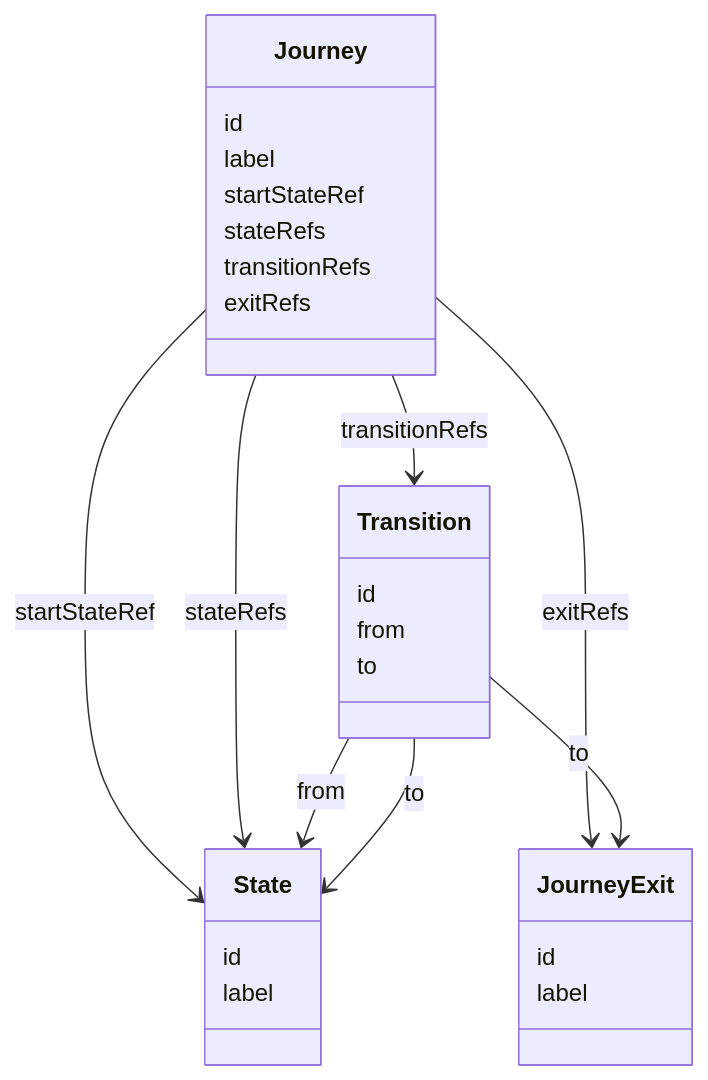
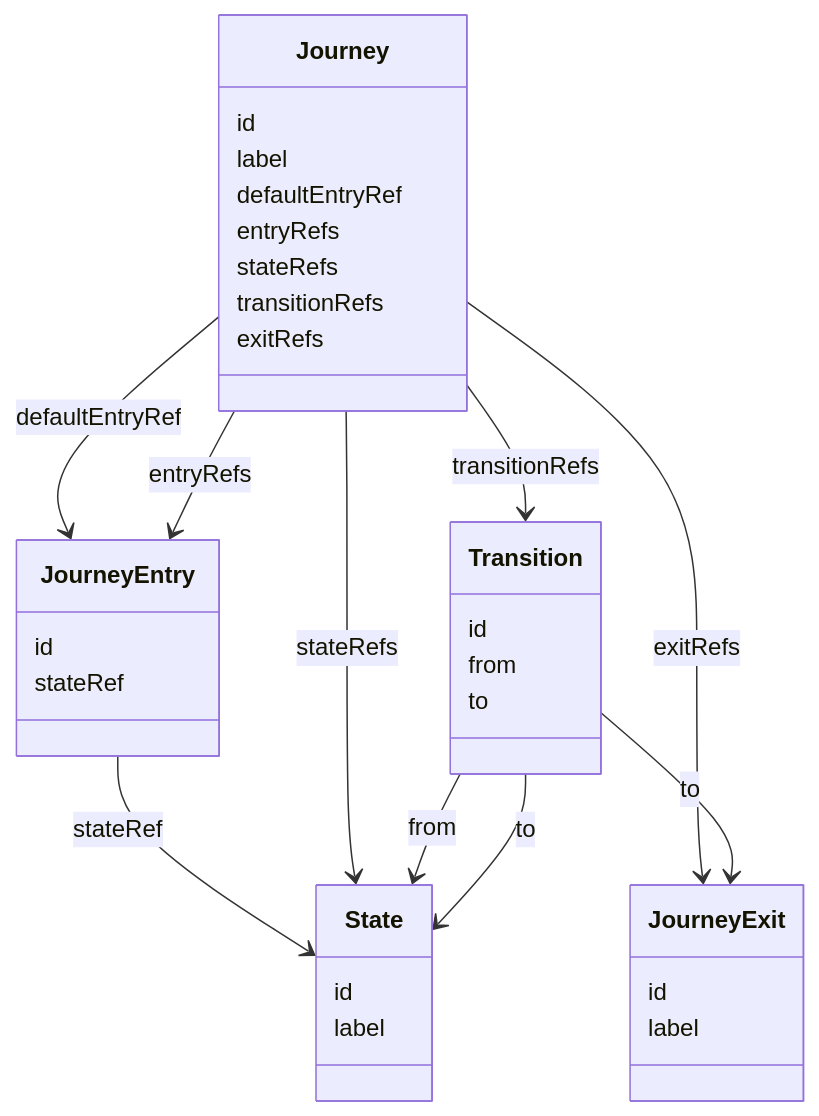
One commit to openuji/spec-ujg changed the fourth of 12 diagrams in specs/ed/graph/index.md. Above: the diagram before and after it, drawn with Mermaid. The commit also changed other lines of this file and 35 other files, not shown here.

````diff
--- a/specs/ed/graph/index.md
+++ b/specs/ed/graph/index.md
@@ -163,35 +172,43 @@
 ```mermaid
 classDiagram
   class Journey {
     id
     label
-    startStateRef
+    defaultEntryRef
+    entryRefs
     stateRefs
     transitionRefs
     exitRefs
+  }
+
+  class JourneyEntry {
+    id
+    stateRef
   }
 
   class State {
     id
     label
   }
 
   class JourneyExit {
     id
     label
   }
 
   class Transition {
     id
     from
     to
   }
 
-  Journey --> State : startStateRef
+  Journey --> JourneyEntry : defaultEntryRef
+  Journey --> JourneyEntry : entryRefs
+  JourneyEntry --> State : stateRef
   Journey --> State : stateRefs
   Journey --> JourneyExit : exitRefs
   Journey --> Transition : transitionRefs
   Transition --> State : from
   Transition --> State : to
   Transition --> JourneyExit : to
 ```
````
